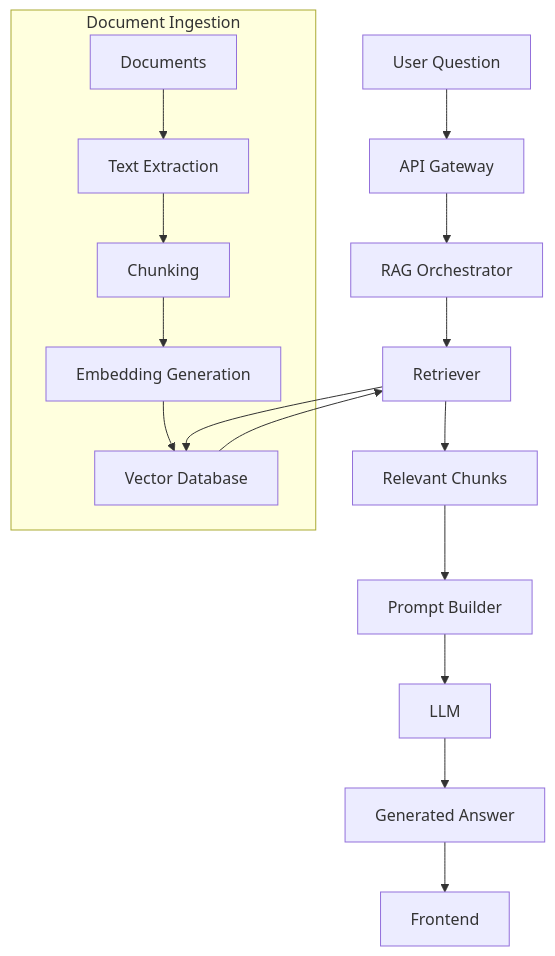
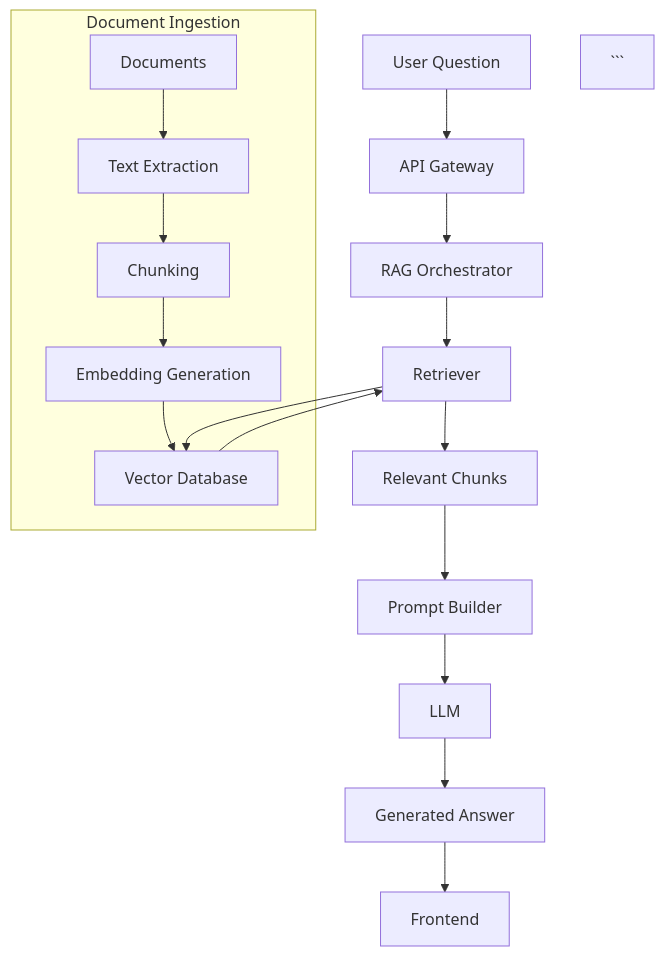
One commit to AnastasiadisXaris/mlops-and-ai-lab changed the diagram in architecture/diagrams/rag-architecture.mmd. Above: the diagram before and after it, drawn with Mermaid.

Commit message:
Remove mermaid syntax from rag-architecture.mmd

````diff
--- a/architecture/diagrams/rag-architecture.mmd
+++ b/architecture/diagrams/rag-architecture.mmd
@@ -1,49 +1,48 @@
-```mermaid
 flowchart TD
 
     A[User Question]
         --> B[API Gateway]
 
     B
         --> C[RAG Orchestrator]
 
     C
         --> D[Retriever]
 
     D
         --> E[Vector Database]
 
     E
         --> D
 
     D
         --> F[Relevant Chunks]
 
     F
         --> G[Prompt Builder]
 
     G
         --> H[LLM]
 
     H
         --> I[Generated Answer]
 
     I
         --> J[Frontend]
 
     subgraph Document Ingestion
 
         K[Documents]
             --> L[Text Extraction]
 
         L
             --> M[Chunking]
 
         M
             --> N[Embedding Generation]
 
         N
             --> E
 
     end
 ```
````
